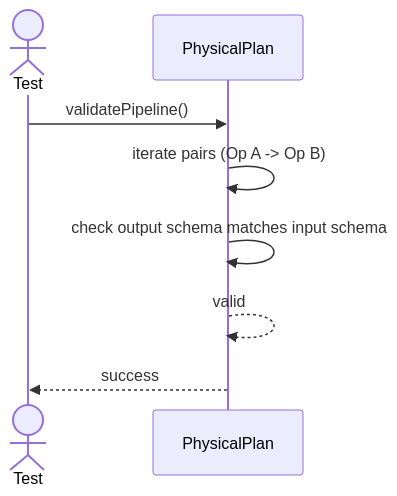
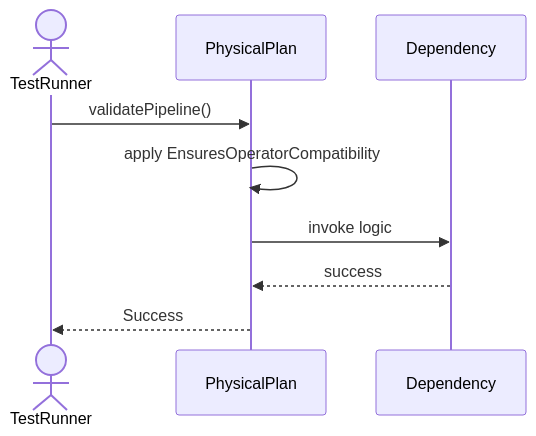
Before and after one commit to TamBui1706/DBMS: the second of 5 diagrams in Sequences/QueryProcessor/PhysicalPlan.md, drawn with Mermaid. The commit also changed other lines of this file and 63 other files, not shown here.

Commit message:
Draw sequence diagram for unit tests

````diff
--- a/Sequences/QueryProcessor/PhysicalPlan.md
+++ b/Sequences/QueryProcessor/PhysicalPlan.md
@@ -27,11 +31,10 @@
 ```mermaid
 sequenceDiagram
-    actor Test
+    actor TestRunner
     participant PhysicalPlan
-
-    Test->>PhysicalPlan: validatePipeline()
-    PhysicalPlan->>PhysicalPlan: iterate pairs (Op A -> Op B)
-    PhysicalPlan->>PhysicalPlan: check output schema matches input schema
-    PhysicalPlan-->>PhysicalPlan: valid
-    PhysicalPlan-->>Test: success
+    TestRunner->>PhysicalPlan: validatePipeline()
+    PhysicalPlan->>PhysicalPlan: apply EnsuresOperatorCompatibility
+    PhysicalPlan->>Dependency: invoke logic
+    Dependency-->>PhysicalPlan: success
+    PhysicalPlan-->>TestRunner: Success
 ```
````
